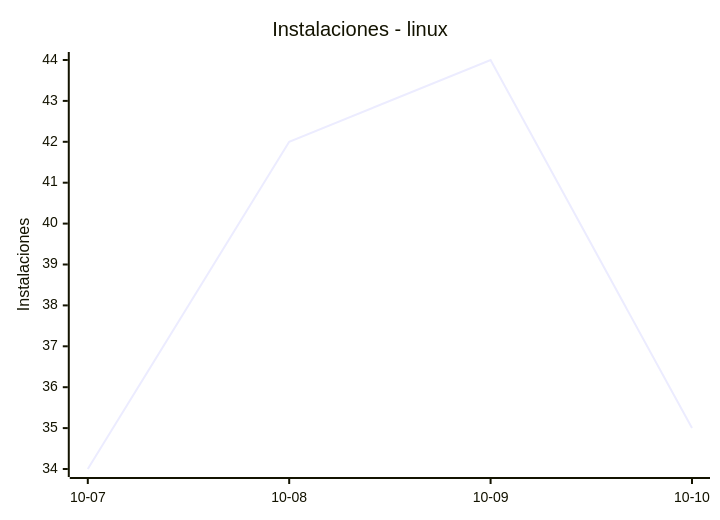
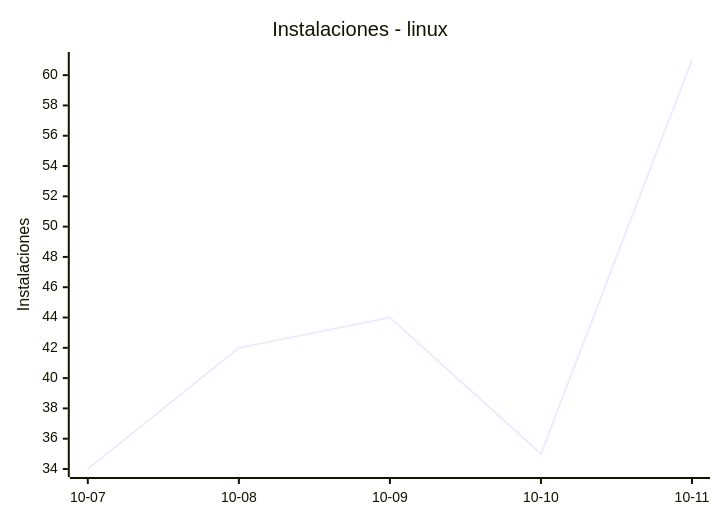
Before and after one commit to EmuDeck/stats: the fourth of 8 diagrams in README.md, drawn with Mermaid. The commit also changed other lines of this file and 2 other files, not shown here.

````diff
--- a/README.md
+++ b/README.md
@@ -52,7 +52,7 @@
 ```mermaid
 xychart-beta
     title "Instalaciones - linux"
-    x-axis ["10-07", "10-08", "10-09", "10-10"]
+    x-axis ["10-07", "10-08", "10-09", "10-10", "10-11"]
     y-axis "Instalaciones"
-    line [34, 42, 44, 35]
+    line [34, 42, 44, 35, 61]
 ```
````
